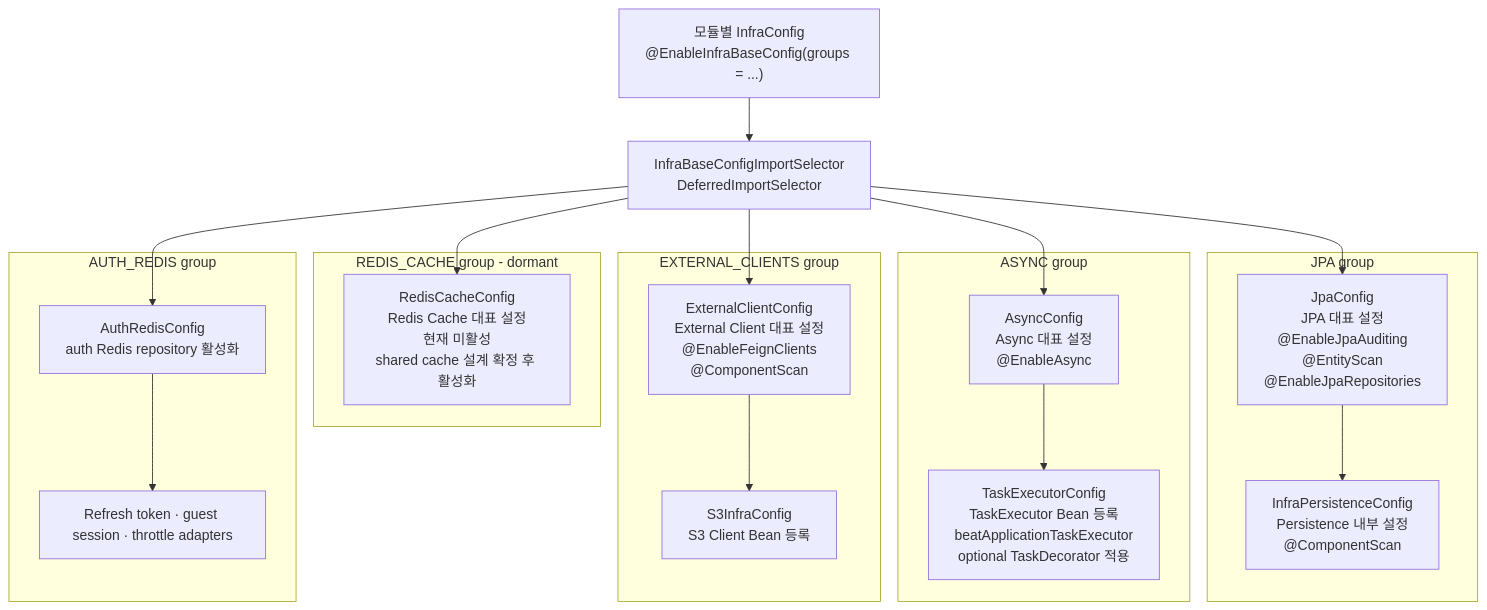
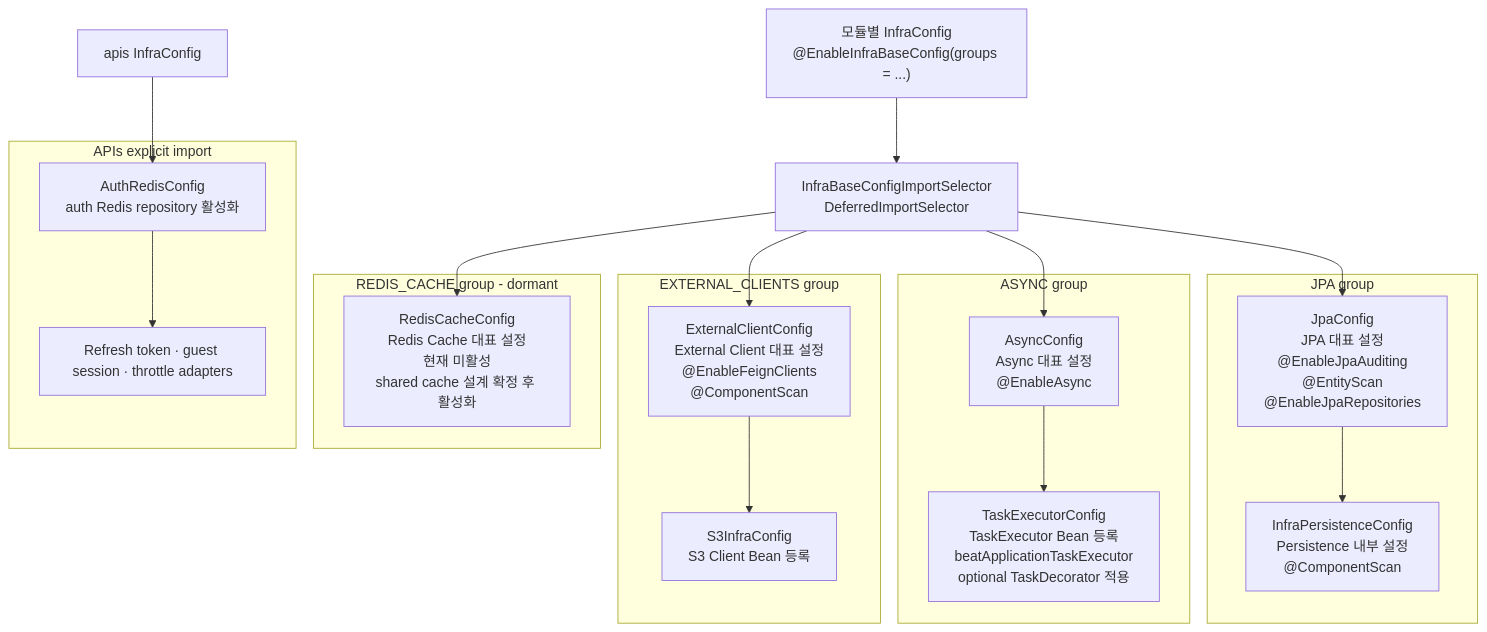
One commit to TEAM-BEAT/BEAT-SERVER changed the second of 14 diagrams in infra/README.md. Above: the diagram before and after it, drawn with Mermaid. The commit also changed other lines of this file and 10 other files, not shown here.

````diff
--- a/infra/README.md
+++ b/infra/README.md
@@ -87,41 +87,41 @@
 ```mermaid
 flowchart TB
     ModuleInfraConfig["모듈별 InfraConfig<br/>@EnableInfraBaseConfig(groups = ...)"]
     Selector["InfraBaseConfigImportSelector<br/>DeferredImportSelector"]
 
     ModuleInfraConfig --> Selector
 
     subgraph JPA_GROUP["JPA group"]
         JpaConfig["JpaConfig<br/>JPA 대표 설정<br/>@EnableJpaAuditing<br/>@EntityScan<br/>@EnableJpaRepositories"]
         PersistenceConfig["InfraPersistenceConfig<br/>Persistence 내부 설정<br/>@ComponentScan"]
         JpaConfig --> PersistenceConfig
     end
 
     subgraph ASYNC_GROUP["ASYNC group"]
         AsyncConfig["AsyncConfig<br/>Async 대표 설정<br/>@EnableAsync"]
         TaskExecutorConfig["TaskExecutorConfig<br/>TaskExecutor Bean 등록<br/>beatApplicationTaskExecutor<br/>optional TaskDecorator 적용"]
         AsyncConfig --> TaskExecutorConfig
     end
 
     subgraph EXTERNAL_GROUP["EXTERNAL_CLIENTS group"]
         ExternalClientConfig["ExternalClientConfig<br/>External Client 대표 설정<br/>@EnableFeignClients<br/>@ComponentScan"]
         S3InfraConfig["S3InfraConfig<br/>S3 Client Bean 등록"]
         ExternalClientConfig --> S3InfraConfig
     end
 
     subgraph REDIS_CACHE_GROUP["REDIS_CACHE group - dormant"]
         RedisCacheConfig["RedisCacheConfig<br/>Redis Cache 대표 설정<br/>현재 미활성<br/>shared cache 설계 확정 후 활성화"]
     end
 
-    subgraph AUTH_REDIS_GROUP["AUTH_REDIS group"]
+    subgraph AUTH_REDIS_CONFIG["APIs explicit import"]
         AuthRedisConfig["AuthRedisConfig<br/>auth Redis repository 활성화"]
         AuthRedisAdapters["Refresh token · guest session · throttle adapters"]
         AuthRedisConfig --> AuthRedisAdapters
     end
 
     Selector --> JpaConfig
     Selector --> AsyncConfig
     Selector --> ExternalClientConfig
-    Selector --> AuthRedisConfig
     Selector --> RedisCacheConfig
+    ApisInfraConfig["apis InfraConfig"] --> AuthRedisConfig
 ```
````
